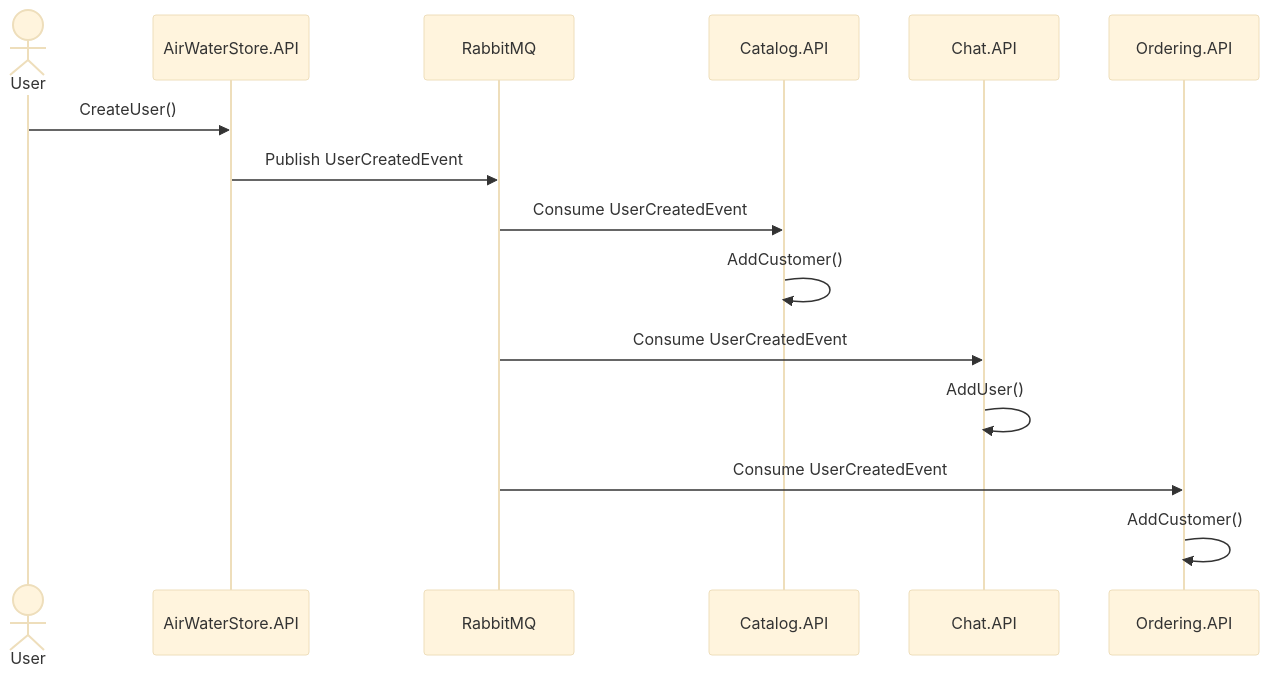
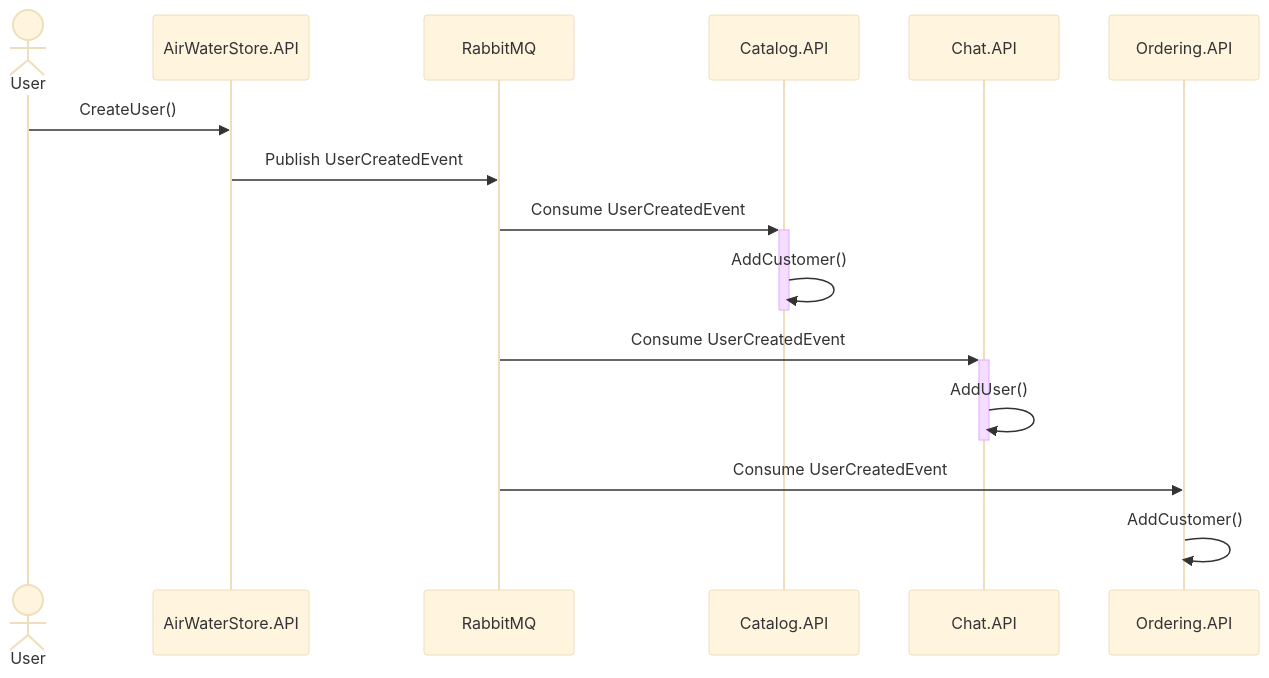
One commit to Jangkuz/PRN232-Group-Assignment changed the first of 5 diagrams in document/doc.md. Above: the diagram before and after it, drawn with Mermaid (base theme). The commit also changed other lines of this file and 9 other files, not shown here.

````diff
--- a/document/doc.md
+++ b/document/doc.md
@@ -47,12 +47,12 @@
 ```mermaid
 sequenceDiagram
 actor User
 User ->> AirWaterStore.API: CreateUser()
 AirWaterStore.API ->> RabbitMQ: Publish UserCreatedEvent
-RabbitMQ ->> Catalog.API: Consume UserCreatedEvent
-Catalog.API ->> Catalog.API: AddCustomer()
-RabbitMQ ->> Chat.API: Consume UserCreatedEvent
-Chat.API ->> Chat.API: AddUser()
+RabbitMQ ->>+ Catalog.API: Consume UserCreatedEvent
+Catalog.API ->>- Catalog.API: AddCustomer()
+RabbitMQ ->>+ Chat.API: Consume UserCreatedEvent
+Chat.API ->>- Chat.API: AddUser()
 RabbitMQ ->> Ordering.API: Consume UserCreatedEvent
 Ordering.API ->> Ordering.API: AddCustomer()
 ```
````
